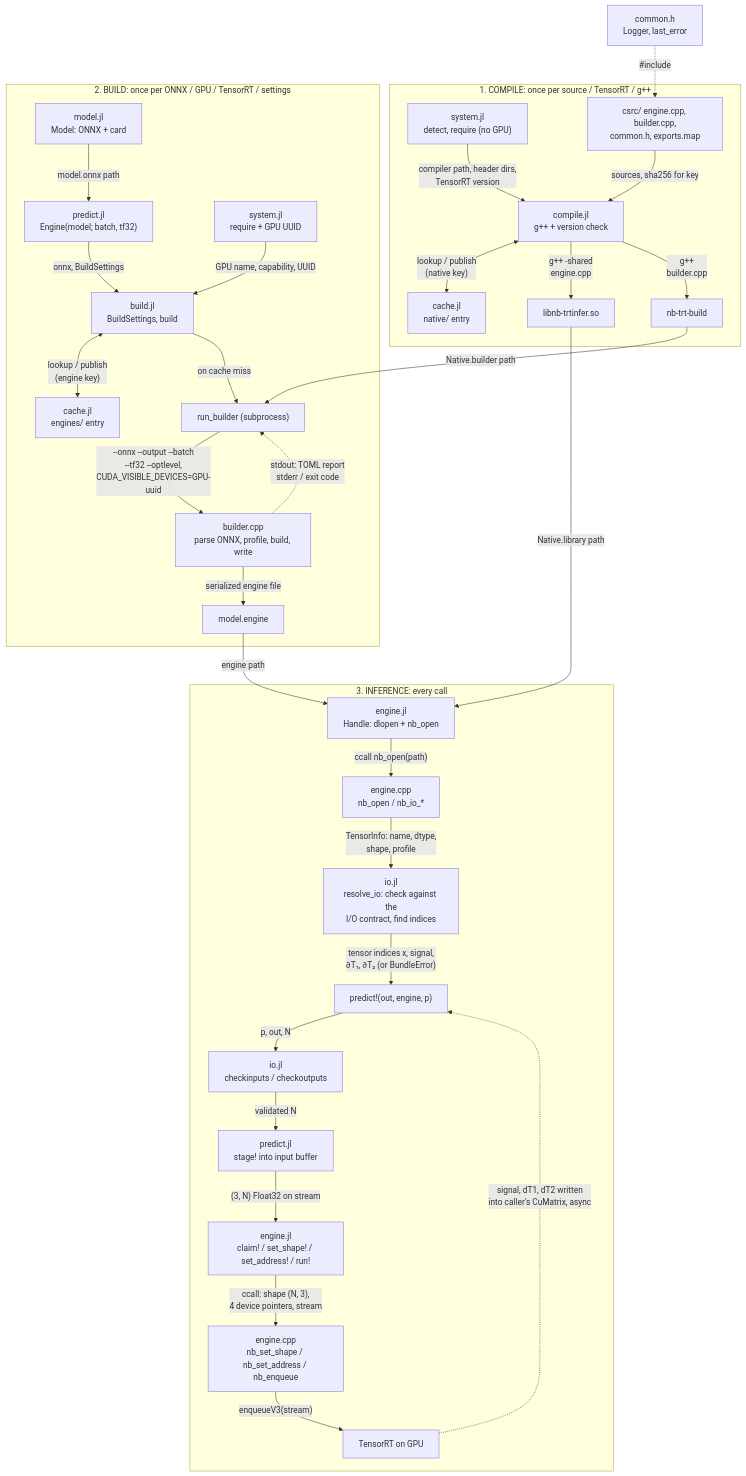
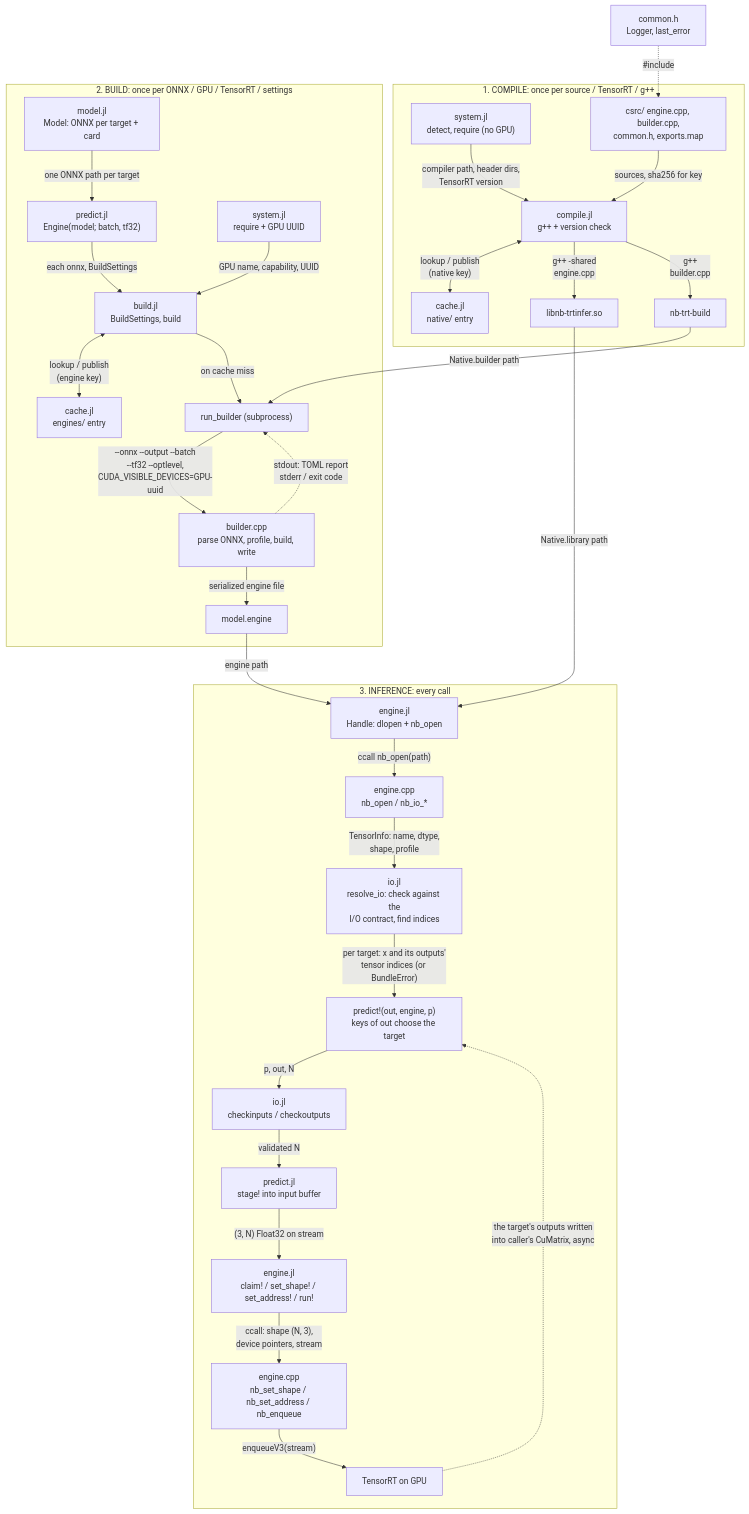
One commit to NLeSC-COMPAS/NeuralBloch.jl changed the third of 3 diagrams in architecture.md. Above: the diagram before and after it, drawn with Mermaid. The commit also changed other lines of this file and 11 other files, not shown here.

````diff
--- a/architecture.md
+++ b/architecture.md
@@ -108,38 +108,38 @@
 ```mermaid
 flowchart TD
     subgraph P1["1. COMPILE: once per source / TensorRT / g++"]
         SYS1["system.jl<br/>detect, require (no GPU)"] -->|"compiler path, header dirs,<br/>TensorRT version"| CMP
         CS["csrc/ engine.cpp, builder.cpp,<br/>common.h, exports.map"] -->|"sources, sha256 for key"| CMP["compile.jl<br/>g++ + version check"]
         CMP <-->|"lookup / publish<br/>(native key)"| CA1["cache.jl<br/>native/ entry"]
         CMP -->|"g++ -shared<br/>engine.cpp"| LIB["libnb-trtinfer.so"]
         CMP -->|"g++<br/>builder.cpp"| EXE["nb-trt-build"]
     end
 
     subgraph P2["2. BUILD: once per ONNX / GPU / TensorRT / settings"]
-        MOD["model.jl<br/>Model: ONNX + card"] -->|"model.onnx path"| ENG1
-        ENG1["predict.jl<br/>Engine(model; batch, tf32)"] -->|"onnx, BuildSettings"| BLD["build.jl<br/>BuildSettings, build"]
+        MOD["model.jl<br/>Model: ONNX per target + card"] -->|"one ONNX path per target"| ENG1
+        ENG1["predict.jl<br/>Engine(model; batch, tf32)"] -->|"each onnx, BuildSettings"| BLD["build.jl<br/>BuildSettings, build"]
         SYS2["system.jl<br/>require + GPU UUID"] -->|"GPU name, capability, UUID"| BLD
         BLD <-->|"lookup / publish<br/>(engine key)"| CA2["cache.jl<br/>engines/ entry"]
         BLD -->|"on cache miss"| RUN["run_builder (subprocess)"]
         EXE -->|"Native.builder path"| RUN
         RUN -->|"--onnx --output --batch<br/>--tf32 --optlevel,<br/>CUDA_VISIBLE_DEVICES=GPU-uuid"| BC["builder.cpp<br/>parse ONNX, profile, build, write"]
         BC -->|"serialized engine file"| PLAN["model.engine"]
         BC -.->|"stdout: TOML report<br/>stderr / exit code"| RUN
     end
 
     subgraph P3["3. INFERENCE: every call"]
         HND["engine.jl<br/>Handle: dlopen + nb_open"] -->|"ccall nb_open(path)"| EC["engine.cpp<br/>nb_open / nb_io_*"]
         EC -->|"TensorInfo: name, dtype,<br/>shape, profile"| BIND["io.jl<br/>resolve_io: check against the<br/>I/O contract, find indices"]
-        BIND -->|"tensor indices x, signal,<br/>∂T₁, ∂T₂ (or BundleError)"| PRED["predict!(out, engine, p)"]
+        BIND -->|"per target: x and its outputs'<br/>tensor indices (or BundleError)"| PRED["predict!(out, engine, p)<br/>keys of out choose the target"]
         PRED -->|"p, out, N"| CHK["io.jl<br/>checkinputs / checkoutputs"]
         CHK -->|"validated N"| STG["predict.jl<br/>stage! into input buffer"]
         STG -->|"(3, N) Float32 on stream"| CALL["engine.jl<br/>claim! / set_shape! / set_address! / run!"]
-        CALL -->|"ccall: shape (N, 3),<br/>4 device pointers, stream"| EC2["engine.cpp<br/>nb_set_shape / nb_set_address / nb_enqueue"]
+        CALL -->|"ccall: shape (N, 3),<br/>device pointers, stream"| EC2["engine.cpp<br/>nb_set_shape / nb_set_address / nb_enqueue"]
         EC2 -->|"enqueueV3(stream)"| GPU["TensorRT on GPU"]
-        GPU -.->|"signal, dT1, dT2 written<br/>into caller's CuMatrix, async"| PRED
+        GPU -.->|"the target's outputs written<br/>into caller's CuMatrix, async"| PRED
     end
 
     CH["common.h<br/>Logger, last_error"] -.->|"#include"| CS
     LIB -->|"Native.library path"| HND
     PLAN -->|"engine path"| HND
 ```
````
